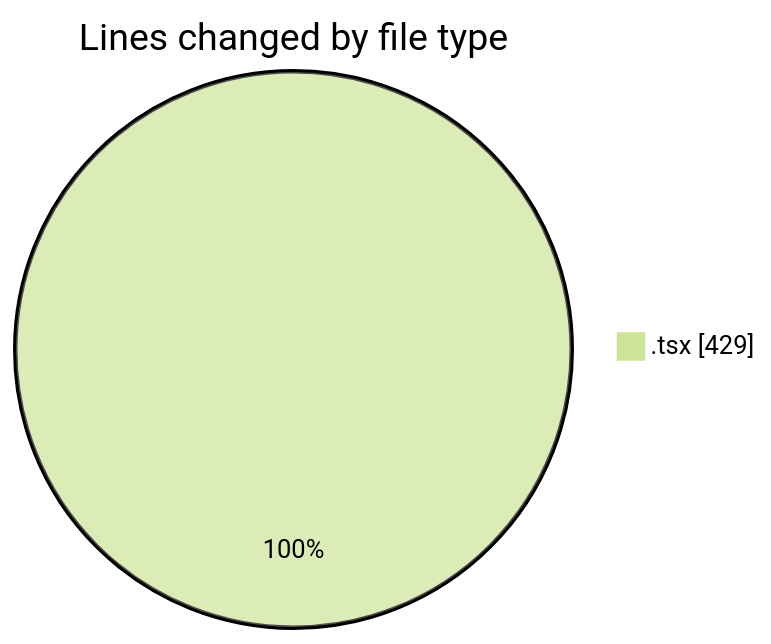
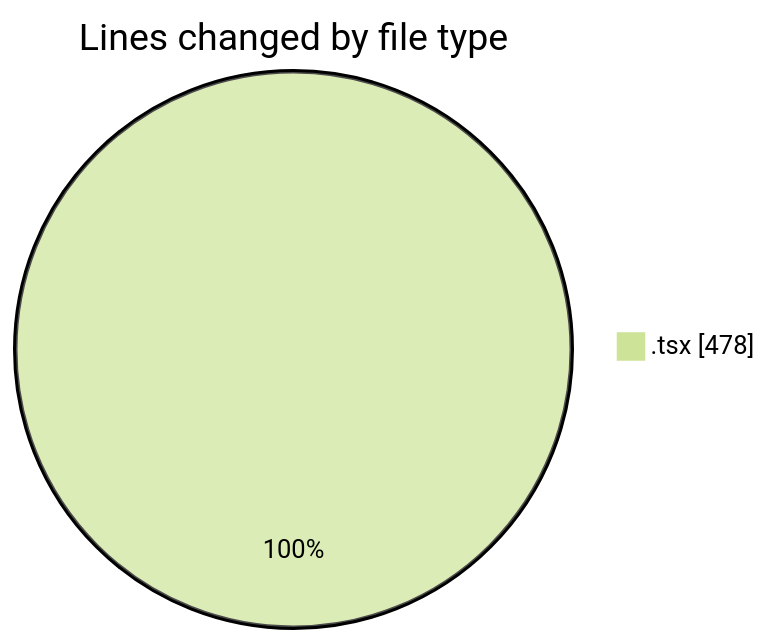
Before and after one commit to nxtqubesakshisongat/code-tracking: the first of 2 diagrams in 2026-06-28/nxtqube_webapp/README.md, drawn with Mermaid (forest theme). The commit also changed other lines of this file and 1 other file, not shown here.

````diff
--- a/2026-06-28/nxtqube_webapp/README.md
+++ b/2026-06-28/nxtqube_webapp/README.md
@@ -20,5 +20,5 @@
 ```mermaid
 pie showData
 title Lines changed by file type
-".tsx" : 429
+".tsx" : 478
 ```
````
